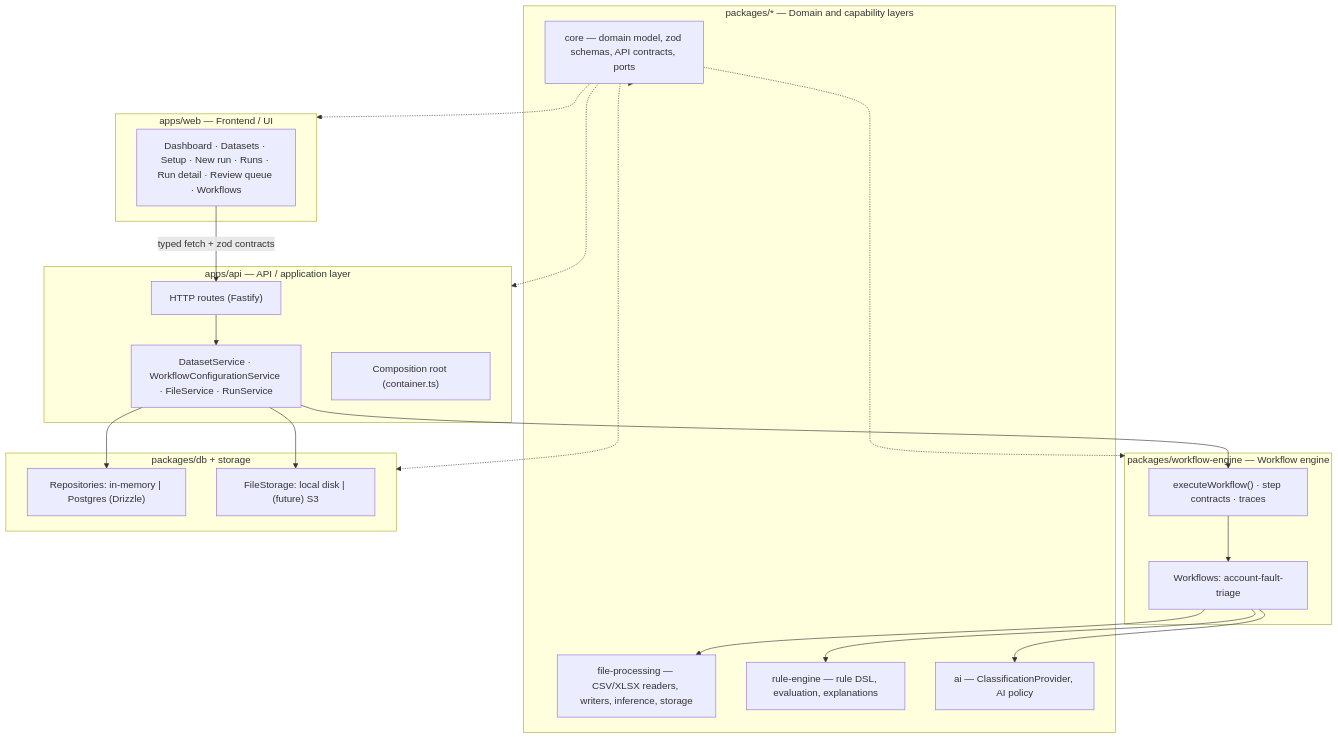
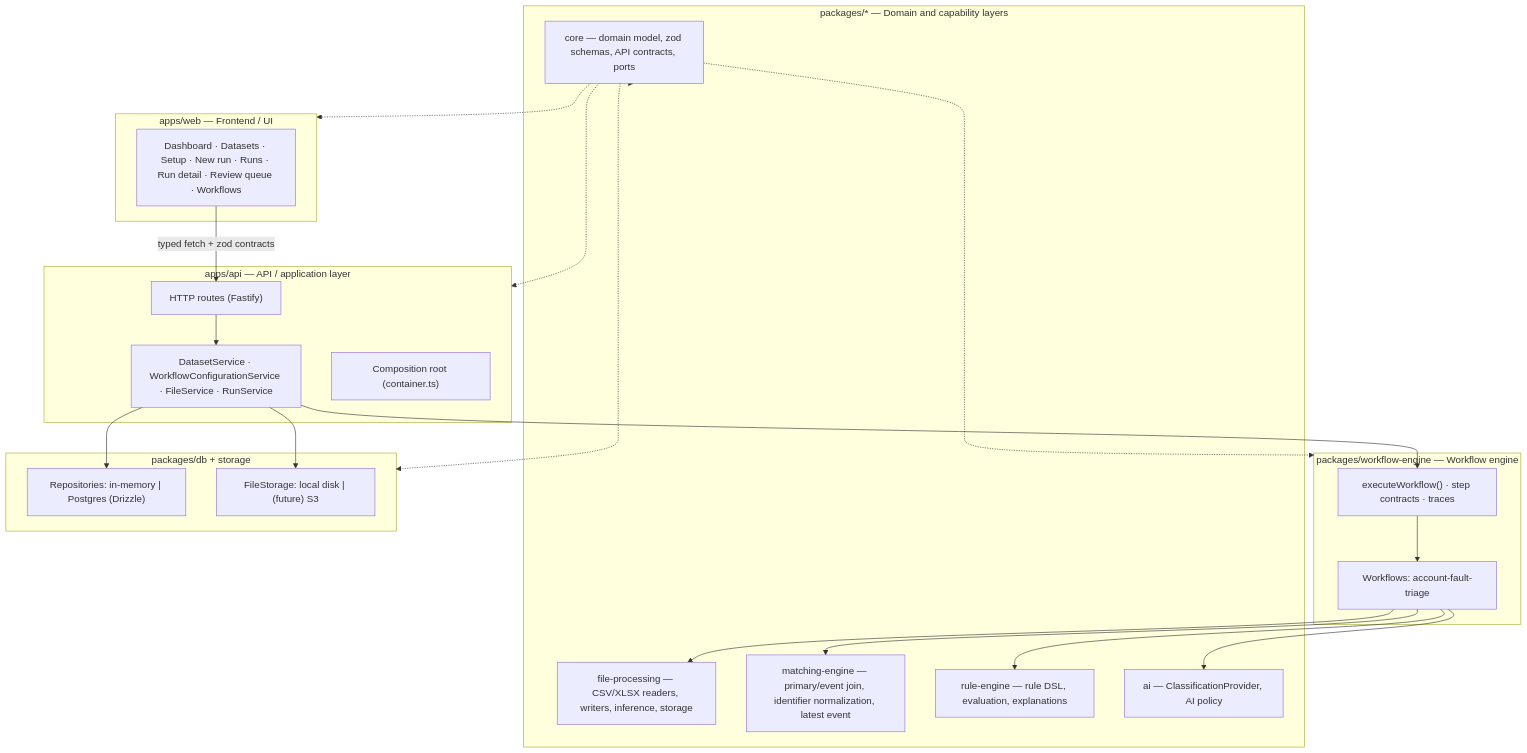
One commit to JustABeing00/Sheetpilot changed the diagram in docs/architecture.md. Above: the diagram before and after it, drawn with Mermaid. The commit also changed other lines of this file and 17 other files, not shown here.

First line of the commit message:
Product session 3: matching, grouping & latest-event engine

````diff
--- a/docs/architecture.md
+++ b/docs/architecture.md
@@ -14,44 +14,46 @@
 ```mermaid
 flowchart TB
   subgraph UI["apps/web — Frontend / UI"]
     pages["Dashboard · Datasets · Setup · New run · Runs · Run detail · Review queue · Workflows"]
   end
 
   subgraph API["apps/api — API / application layer"]
     routes["HTTP routes (Fastify)"]
     services["DatasetService · WorkflowConfigurationService · FileService · RunService"]
     container["Composition root (container.ts)"]
   end
 
   subgraph ENGINE["packages/workflow-engine — Workflow engine"]
     runner["executeWorkflow() · step contracts · traces"]
     wf["Workflows: account-fault-triage"]
   end
 
   subgraph DOMAIN["packages/* — Domain and capability layers"]
     core["core — domain model, zod schemas, API contracts, ports"]
     files["file-processing — CSV/XLSX readers, writers, inference, storage"]
+    match["matching-engine — primary/event join, identifier normalization, latest event"]
     rules["rule-engine — rule DSL, evaluation, explanations"]
     ai["ai — ClassificationProvider, AI policy"]
   end
 
   subgraph DATA["packages/db + storage"]
     repos["Repositories: in-memory | Postgres (Drizzle)"]
     store["FileStorage: local disk | (future) S3"]
   end
 
   pages -->|"typed fetch + zod contracts"| routes
   routes --> services
   services --> runner
   runner --> wf
   wf --> files
+  wf --> match
   wf --> rules
   wf --> ai
   services --> repos
   services --> store
   core -.-> UI
   core -.-> API
   core -.-> ENGINE
   core -.-> DOMAIN
   core -.-> DATA
 ```
````
